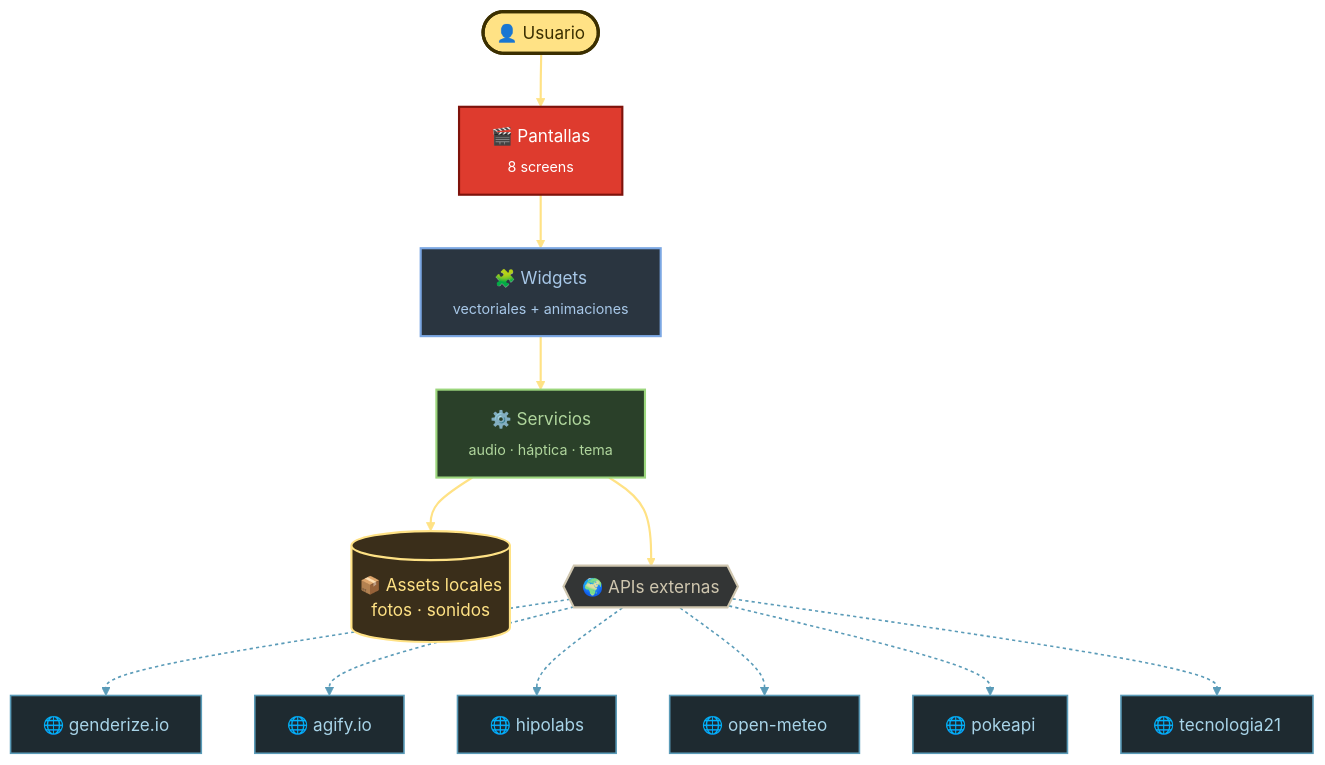
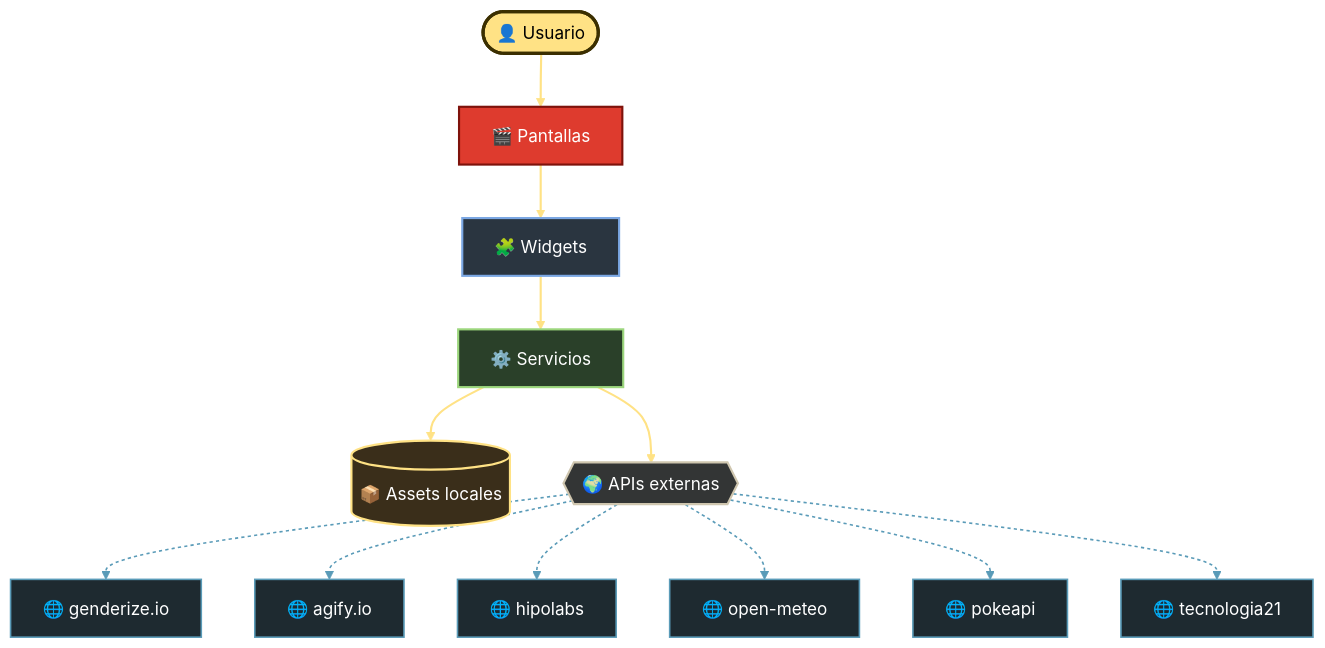
Before and after one commit to yeisondev001/Tarea5: the first of 2 diagrams in README.md, drawn with Mermaid (neutral theme).

Commit message:
docs: arquitectura con texto blanco legible y labels simples sin sub tags

````diff
--- a/README.md
+++ b/README.md
@@ -119,31 +119,31 @@
 ```mermaid
 flowchart TD
     A(["👤 Usuario"]):::user
-    B["🎬 Pantallas<br/><sub>8 screens</sub>"]:::screens
-    C["🧩 Widgets<br/><sub>vectoriales + animaciones</sub>"]:::widgets
-    D["⚙️ Servicios<br/><sub>audio · háptica · tema</sub>"]:::services
+    B["🎬 Pantallas"]:::screens
+    C["🧩 Widgets"]:::widgets
+    D["⚙️ Servicios"]:::services
 
     A ==> B
     B ==> C
     C ==> D
-    D ==> Assets[("📦 Assets locales<br/>fotos · sonidos")]:::assets
-    D ==> APIs{{🌍 APIs externas}}:::apihub
+    D ==> Assets[("📦 Assets locales")]:::assets
+    D ==> APIs{{"🌍 APIs externas"}}:::apihub
 
-    APIs --> API1[🌐 genderize.io]:::api
-    APIs --> API2[🌐 agify.io]:::api
-    APIs --> API3[🌐 hipolabs]:::api
-    APIs --> API4[🌐 open-meteo]:::api
-    APIs --> API5[🌐 pokeapi]:::api
-    APIs --> API6[🌐 tecnologia21]:::api
+    APIs --> API1["🌐 genderize.io"]:::api
+    APIs --> API2["🌐 agify.io"]:::api
+    APIs --> API3["🌐 hipolabs"]:::api
+    APIs --> API4["🌐 open-meteo"]:::api
+    APIs --> API5["🌐 pokeapi"]:::api
+    APIs --> API6["🌐 tecnologia21"]:::api
 
-    classDef user fill:#FFE285,color:#3B2F00,stroke:#3B2F00,stroke-width:3px
+    classDef user fill:#FFE285,color:#000,stroke:#3B2F00,stroke-width:3px
     classDef screens fill:#DE3B2E,color:#fff,stroke:#7E120B,stroke-width:2px
-    classDef widgets fill:#2A3540,color:#A8C8E8,stroke:#7BA7E3,stroke-width:2px
-    classDef services fill:#2A4029,color:#B0D69D,stroke:#9CD67D,stroke-width:2px
-    classDef assets fill:#3A2E1A,color:#FFE285,stroke:#FFE285,stroke-width:2px
-    classDef apihub fill:#333535,color:#CFC6AF,stroke:#CFC6AF,stroke-width:2px
-    classDef api fill:#1E2A30,color:#A8D4E8,stroke:#5A9BB8,stroke-width:1.5px
+    classDef widgets fill:#2A3540,color:#fff,stroke:#7BA7E3,stroke-width:2px
+    classDef services fill:#2A4029,color:#fff,stroke:#9CD67D,stroke-width:2px
+    classDef assets fill:#3A2E1A,color:#fff,stroke:#FFE285,stroke-width:2px
+    classDef apihub fill:#333535,color:#fff,stroke:#CFC6AF,stroke-width:2px
+    classDef api fill:#1E2A30,color:#fff,stroke:#5A9BB8,stroke-width:1.5px
 
     linkStyle 0,1,2,3,4 stroke:#FFE285,stroke-width:2px
     linkStyle 5,6,7,8,9,10 stroke:#5A9BB8,stroke-width:1.5px,stroke-dasharray:3 3
 ```
````
